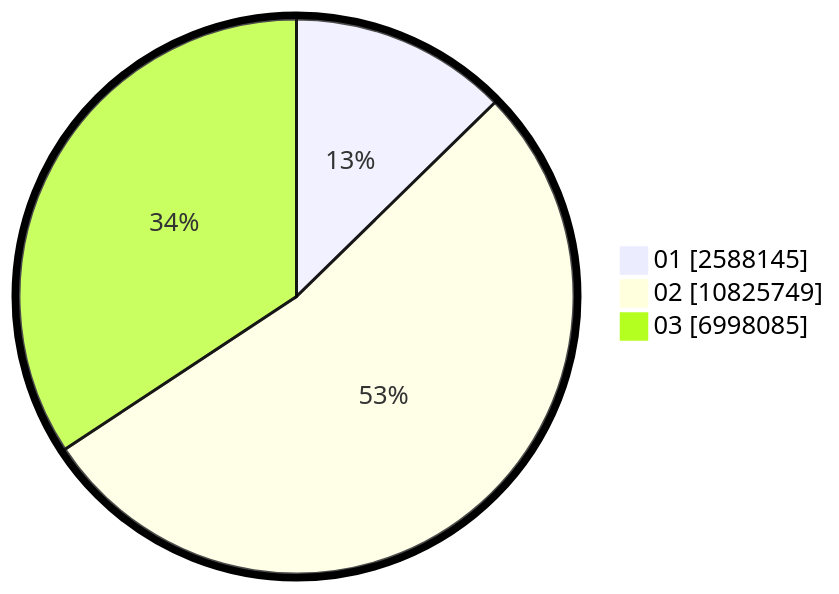
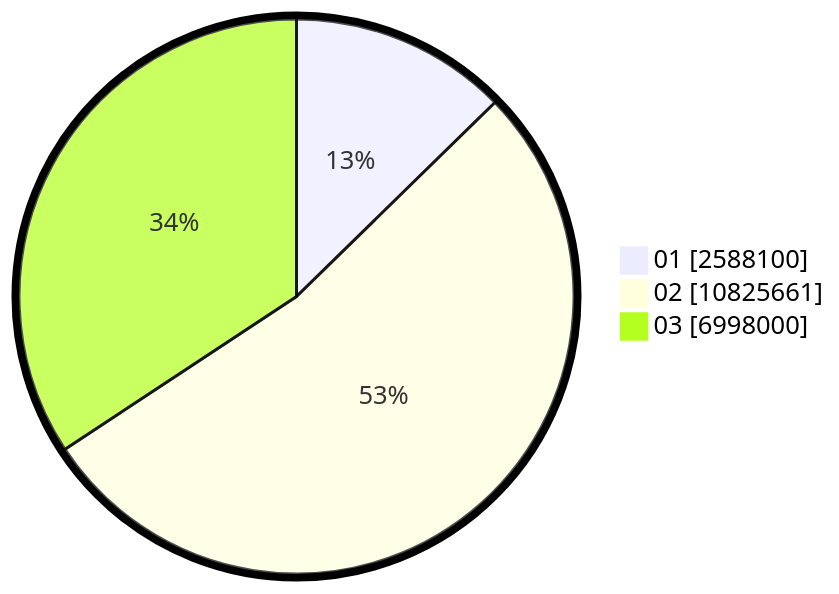
The second of 2 diagrams in pilpres/hitung-suara/sub/table-wilayah-33.md (gigit-pemilu/pemilu-2024), drawn with Mermaid before and after one commit. The commit also changed other lines of this file and 7 other files, not shown here.

````diff
--- a/pilpres/hitung-suara/sub/table-wilayah-33.md
+++ b/pilpres/hitung-suara/sub/table-wilayah-33.md
@@ -15,7 +15,7 @@
 ```mermaid
 %%{init: {"pie": {"textPosition": 0.5}, "themeVariables": {"pieOuterStrokeWidth": "5px"}} }%%
 pie showData
-    "01" : 2588145
-    "02" : 10825749
-    "03" : 6998085
+    "01" : 2588100
+    "02" : 10825661
+    "03" : 6998000
 ```
````
